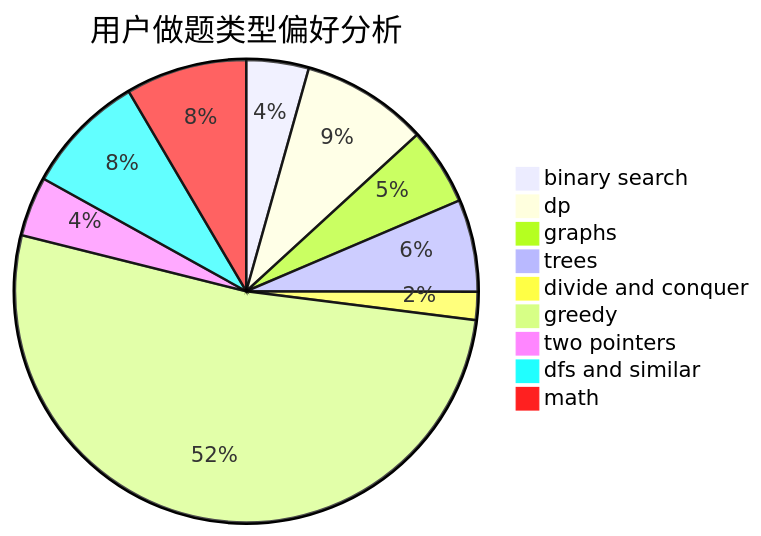
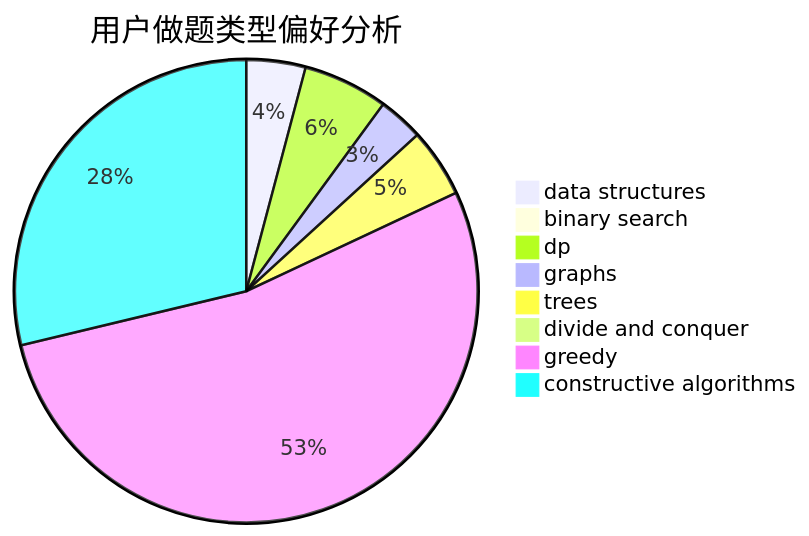
Before and after one commit to sherpahu/cfrs.github.io: the second of 3 diagrams in docs/user/u351.md, drawn with Mermaid. The commit also changed other lines of this file and 2775 other files, not shown here.

````diff
--- a/docs/user/u351.md
+++ b/docs/user/u351.md
@@ -23,12 +23,11 @@
 ```mermaid
 pie title 用户做题类型偏好分析
-    "binary search" :  71
-    "dp" :  144
-    "graphs" :  88
-    "trees" :  105
-    "divide and conquer" :  32
-    "greedy" :  846
-    "two pointers" :  68
-    "dfs and similar" :  138
-    "math" :  138
+    "data structures" :  55
+    "binary search" :  2
+    "dp" :  79
+    "graphs" :  42
+    "trees" :  64
+    "divide and conquer" :  13
+    "greedy" :  709
+    "constructive algorithms" :  383
 ```
````
